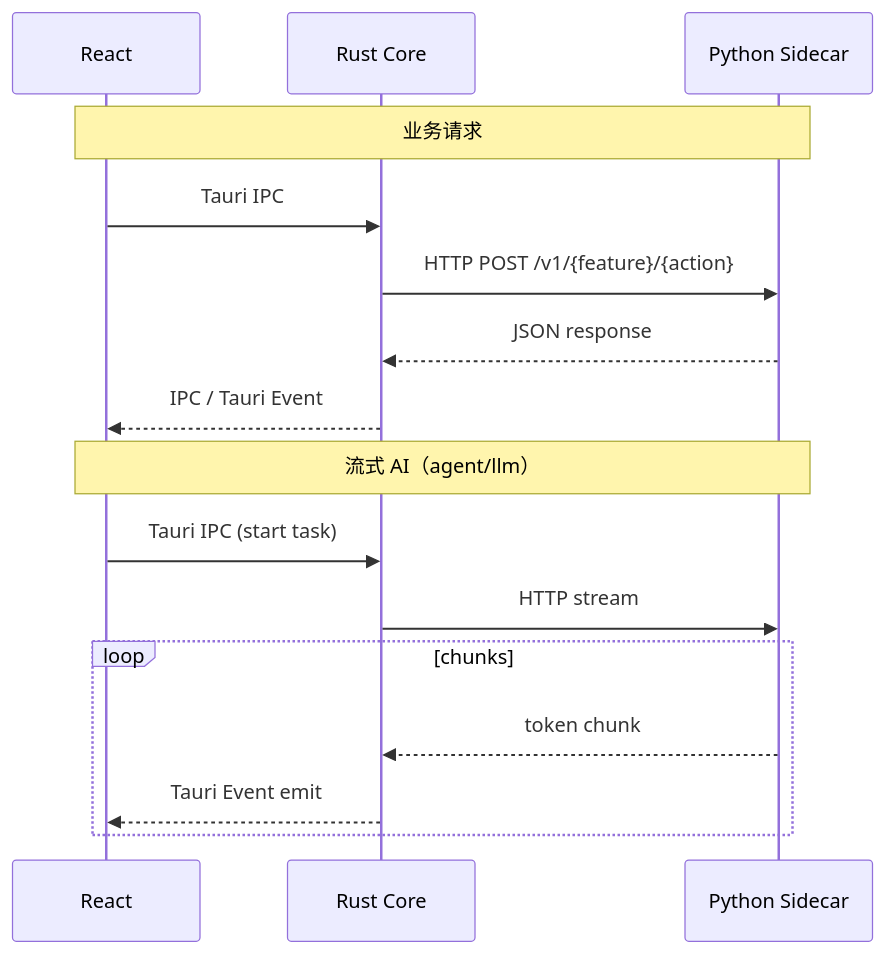
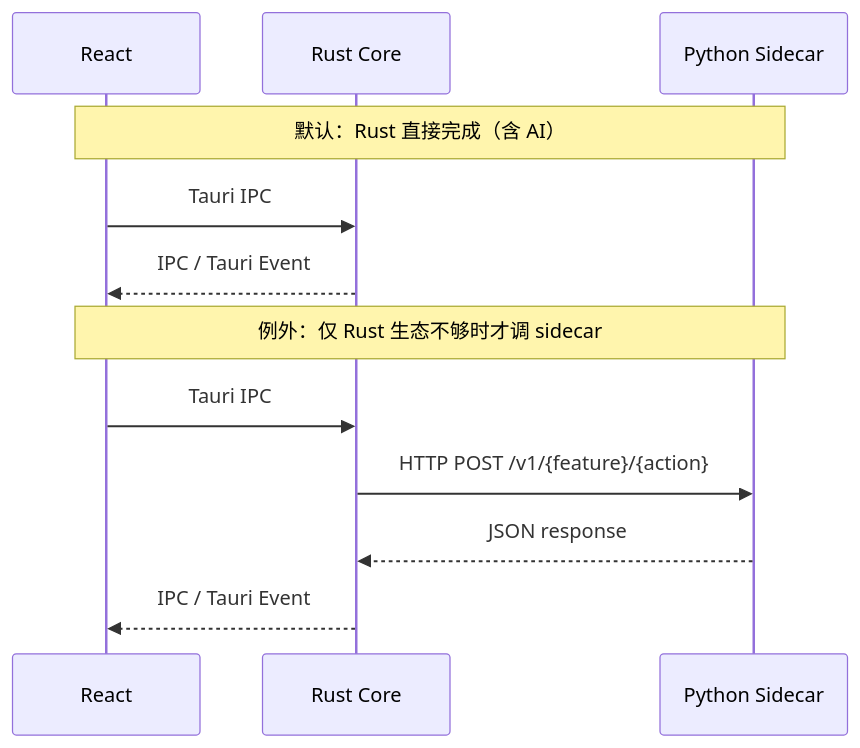
The diagram in skills/dingda/guides/rust-python-ipc.md (kingning2/OpenDesk), drawn with Mermaid before and after one commit. The commit also changed other lines of this file and 27 other files, not shown here.

````diff
--- a/skills/dingda/guides/rust-python-ipc.md
+++ b/skills/dingda/guides/rust-python-ipc.md
@@ -8,20 +10,16 @@
 ```mermaid
 sequenceDiagram
     participant R as React
     participant Rust as Rust Core
     participant Py as Python Sidecar
 
-    Note over R,Py: 业务请求
+    Note over R,Py: 默认：Rust 直接完成（含 AI）
+    R->>Rust: Tauri IPC
+    Rust-->>R: IPC / Tauri Event
+
+    Note over R,Py: 例外：仅 Rust 生态不够时才调 sidecar
     R->>Rust: Tauri IPC
     Rust->>Py: HTTP POST /v1/{feature}/{action}
     Py-->>Rust: JSON response
     Rust-->>R: IPC / Tauri Event
-
-    Note over R,Py: 流式 AI（agent/llm）
-    R->>Rust: Tauri IPC (start task)
-    Rust->>Py: HTTP stream
-    loop chunks
-        Py-->>Rust: token chunk
-        Rust-->>R: Tauri Event emit
-    end
 ```
````
